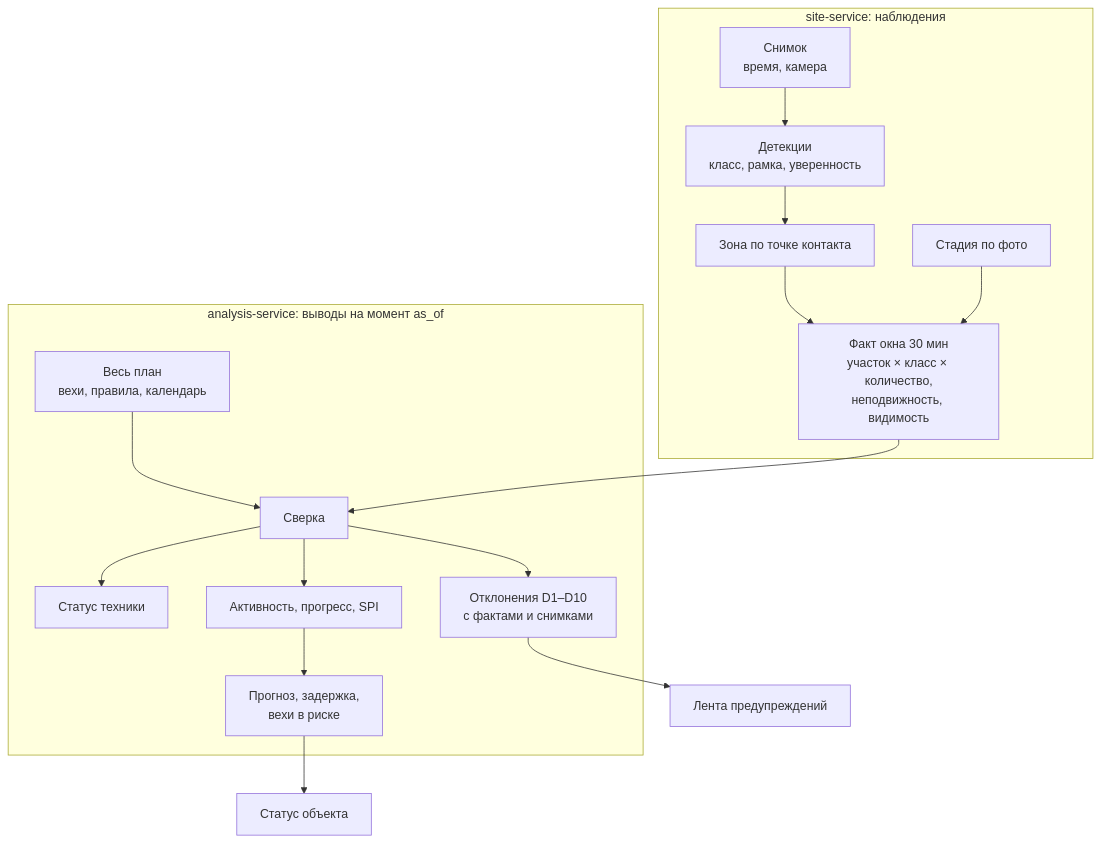
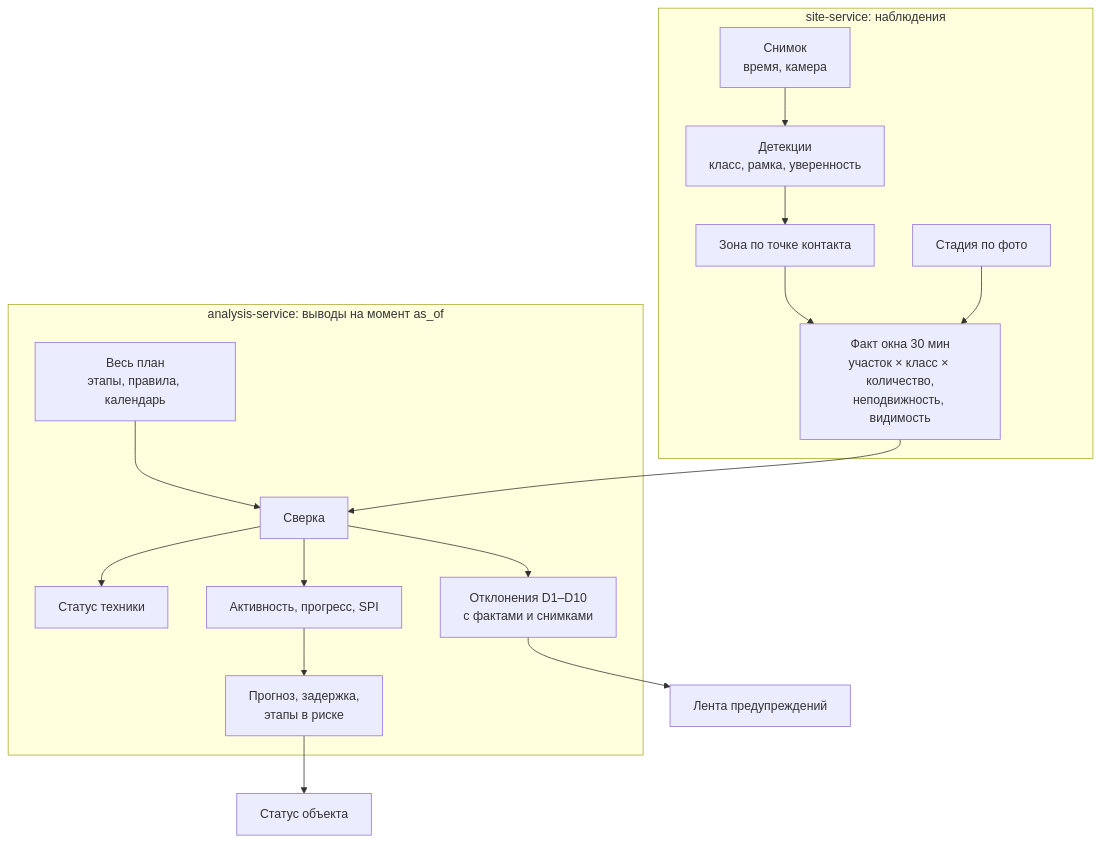
The diagram in docs/methodology.md (cerXXXX/ConstructionSupervision), drawn with Mermaid before and after one commit. The commit also changed other lines of this file and 161 other files, not shown here.

````diff
--- a/docs/methodology.md
+++ b/docs/methodology.md
@@ -18,19 +18,19 @@
 ```mermaid
 flowchart TB
     subgraph SITE["site-service: наблюдения"]
         A["Снимок<br/>время, камера"] --> B["Детекции<br/>класс, рамка, уверенность"]
         B --> C["Зона по точке контакта"]
         C --> D["Факт окна 30 мин<br/>участок × класс × количество,<br/>неподвижность, видимость"]
         I["Стадия по фото"] --> D
     end
     subgraph ANL["analysis-service: выводы на момент as_of"]
-        G["Весь план<br/>вехи, правила, календарь"] --> H["Сверка"]
+        G["Весь план<br/>этапы, правила, календарь"] --> H["Сверка"]
         D --> H
         H --> S["Статус техники"]
         H --> J["Отклонения D1–D10<br/>с фактами и снимками"]
         H --> K["Активность, прогресс, SPI"]
-        K --> L["Прогноз, задержка,<br/>вехи в риске"]
+        K --> L["Прогноз, задержка,<br/>этапы в риске"]
     end
     J --> M["Лента предупреждений"]
     L --> N["Статус объекта"]
 ```
````
